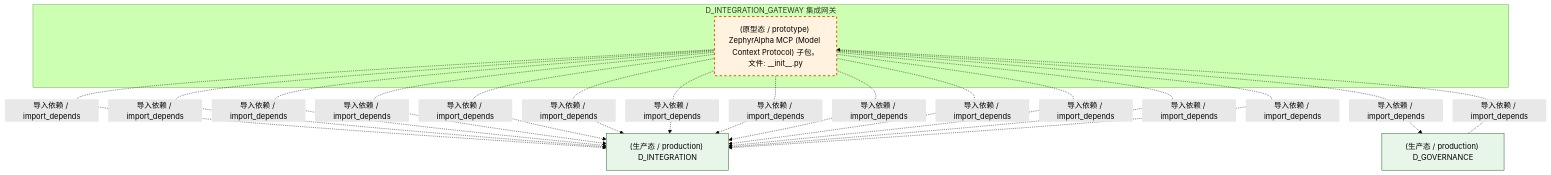
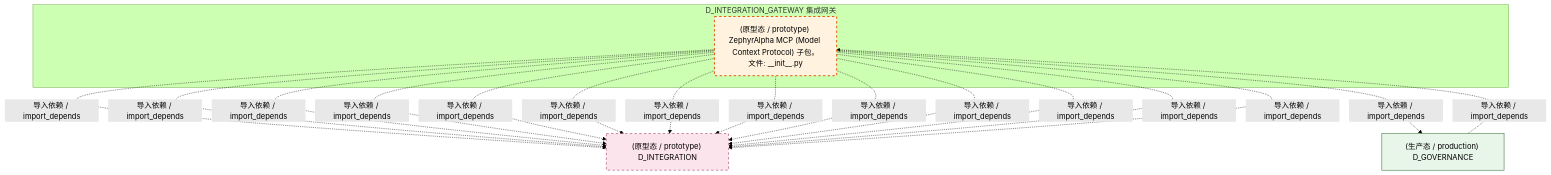
The third of 4 diagrams in docs/02_enterprise_architecture/02_domain_architecture_docs/19_d_integration_gateway.md (xuanFelixVan/ZephyrAlpha), drawn with Mermaid (forest theme) before and after one commit. The commit also changed other lines of this file and 126 other files, not shown here.

````diff
--- a/docs/02_enterprise_architecture/02_domain_architecture_docs/19_d_integration_gateway.md
+++ b/docs/02_enterprise_architecture/02_domain_architecture_docs/19_d_integration_gateway.md
@@ -124,29 +125,30 @@
 ```mermaid
 graph TD
     subgraph D_INTEGRATION_GATEWAY["D_INTEGRATION_GATEWAY 集成网关"]
         src_zephyr_integration_mcp_init_py["(原型态 / prototype) ZephyrAlpha MCP (Model Context Protocol) 子包。<br/>文件: __init__.py"]
     end
-    D_INTEGRATION["(生产态 / production) D_INTEGRATION"]
+    D_INTEGRATION["(原型态 / prototype) D_INTEGRATION"]
     src_zephyr_integration_mcp_init_py -.->|导入依赖 / import_depends| D_INTEGRATION
     src_zephyr_integration_mcp_init_py -.->|导入依赖 / import_depends| D_INTEGRATION
     src_zephyr_integration_mcp_init_py -.->|导入依赖 / import_depends| D_INTEGRATION
     src_zephyr_integration_mcp_init_py -.->|导入依赖 / import_depends| D_INTEGRATION
     src_zephyr_integration_mcp_init_py -.->|导入依赖 / import_depends| D_INTEGRATION
     src_zephyr_integration_mcp_init_py -.->|导入依赖 / import_depends| D_INTEGRATION
     src_zephyr_integration_mcp_init_py -.->|导入依赖 / import_depends| D_INTEGRATION
     src_zephyr_integration_mcp_init_py -.->|导入依赖 / import_depends| D_INTEGRATION
     src_zephyr_integration_mcp_init_py -.->|导入依赖 / import_depends| D_INTEGRATION
     src_zephyr_integration_mcp_init_py -.->|导入依赖 / import_depends| D_INTEGRATION
     src_zephyr_integration_mcp_init_py -.->|导入依赖 / import_depends| D_INTEGRATION
     src_zephyr_integration_mcp_init_py -.->|导入依赖 / import_depends| D_INTEGRATION
     D_GOVERNANCE["(生产态 / production) D_GOVERNANCE"]
     src_zephyr_integration_mcp_init_py -.->|导入依赖 / import_depends| D_GOVERNANCE
     src_zephyr_integration_mcp_init_py -.->|导入依赖 / import_depends| D_INTEGRATION
     D_GOVERNANCE -.->|导入依赖 / import_depends| src_zephyr_integration_mcp_init_py
     classDef production fill:#e1f5fe,stroke:#01579b,stroke-width:2px,color:#000
     classDef design fill:#fff3e0,stroke:#e65100,stroke-width:2px,color:#000,stroke-dasharray: 5 5
     classDef external_prod fill:#e8f5e9,stroke:#1b5e20,stroke-width:1px,color:#000
     classDef external_design fill:#fce4ec,stroke:#880e4f,stroke-width:1px,color:#000,stroke-dasharray: 5 5
     class src_zephyr_integration_mcp_init_py design
-    class D_INTEGRATION,D_GOVERNANCE external_prod
+    class D_GOVERNANCE external_prod
+    class D_INTEGRATION external_design
 ```
````
